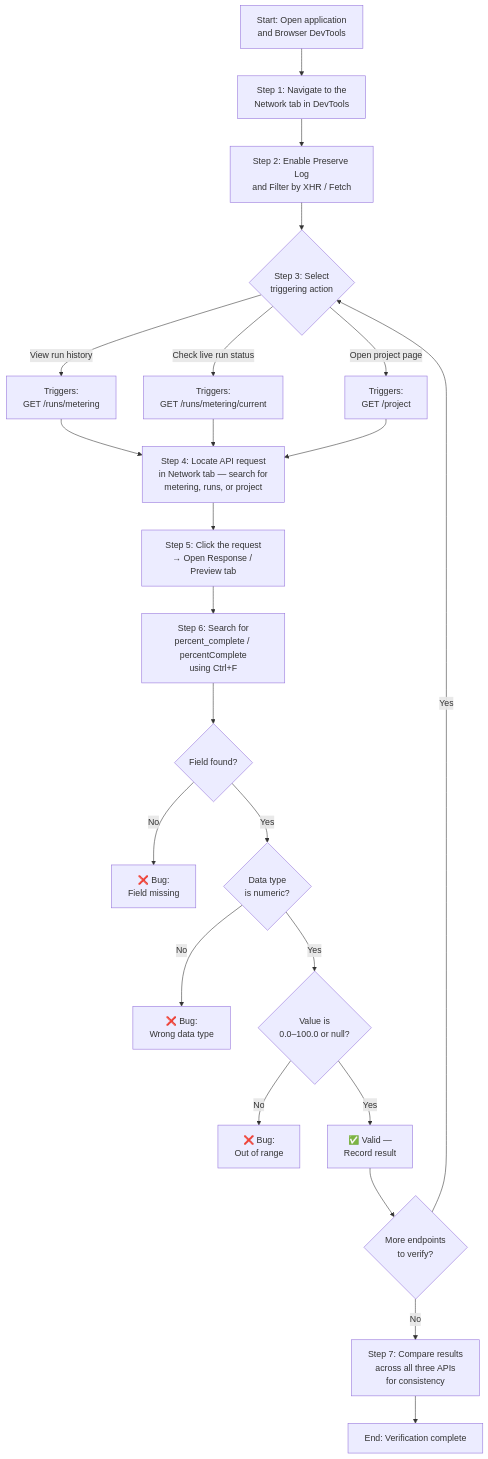
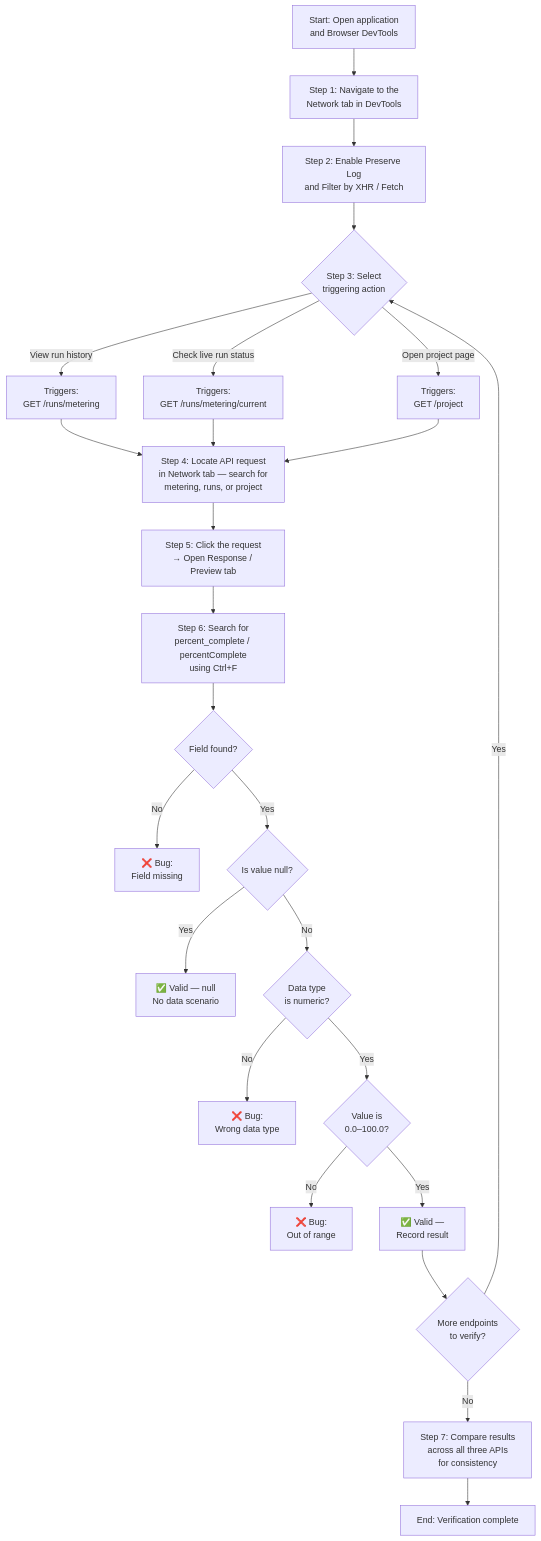
The diagram in docs/api-verification/overview.md (shaliniblitzy/6thapril_Document), drawn with Mermaid before and after one commit. The commit also changed 2 other files, not shown here.

Commit message:
Fix Mermaid diagram null-value flow in 3 documentation files
Reorder validation flow diagrams to check for null values before
data type check. Previously, null values (which are valid per spec)
would incorrectly flow through the 'not numeric' path and be flagged
as bugs. Now null is checked first and routed to 'Valid - No data
scenario' before any numeric type validation.

Files fixed:
- docs/test-cases/percent-complete-validation.md: Validation Decision Tree
- docs/guides/devtools-api-inspection.md: DevTools Workflow Flowchart
- docs/api-verification/overview.md: Verification Workflow Flowchart

Addresses 3 MINOR review findings (Semantic Correctness - Mermaid Diagram)

````diff
--- a/docs/api-verification/overview.md
+++ b/docs/api-verification/overview.md
@@ -89,32 +89,34 @@
 ```mermaid
 graph TD
     A[Start: Open application<br>and Browser DevTools] --> B[Step 1: Navigate to the<br>Network tab in DevTools]
     B --> C[Step 2: Enable Preserve Log<br>and Filter by XHR / Fetch]
     C --> D{Step 3: Select<br>triggering action}
 
     D -->|View run history| E1[Triggers:<br>GET /runs/metering]
     D -->|Check live run status| E2[Triggers:<br>GET /runs/metering/current]
     D -->|Open project page| E3[Triggers:<br>GET /project]
 
     E1 --> F[Step 4: Locate API request<br>in Network tab — search for<br>metering, runs, or project]
     E2 --> F
     E3 --> F
 
     F --> G[Step 5: Click the request<br>→ Open Response / Preview tab]
     G --> H[Step 6: Search for<br>percent_complete / percentComplete<br>using Ctrl+F]
 
     H --> I{Field found?}
     I -- No --> X1[❌ Bug:<br>Field missing]
-    I -- Yes --> J{Data type<br>is numeric?}
+    I -- Yes --> J{Is value null?}
+    J -- Yes --> V1[✅ Valid — null<br>No data scenario]
+    J -- No --> K{Data type<br>is numeric?}
 
-    J -- No --> X2[❌ Bug:<br>Wrong data type]
-    J -- Yes --> K{Value is<br>0.0–100.0 or null?}
+    K -- No --> X2[❌ Bug:<br>Wrong data type]
+    K -- Yes --> K1{Value is<br>0.0–100.0?}
 
-    K -- No --> X3[❌ Bug:<br>Out of range]
-    K -- Yes --> L[✅ Valid —<br>Record result]
+    K1 -- No --> X3[❌ Bug:<br>Out of range]
+    K1 -- Yes --> L[✅ Valid —<br>Record result]
 
     L --> M{More endpoints<br>to verify?}
     M -- Yes --> D
     M -- No --> N[Step 7: Compare results<br>across all three APIs<br>for consistency]
     N --> O[End: Verification complete]
 ```
````
